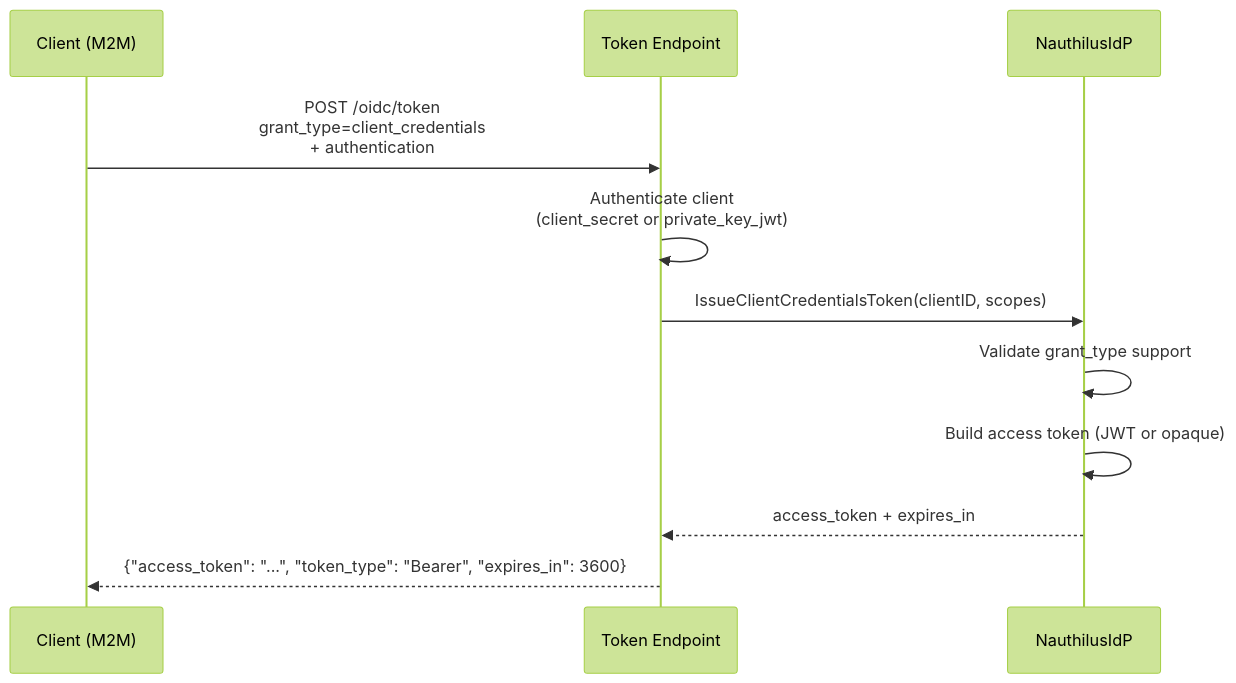
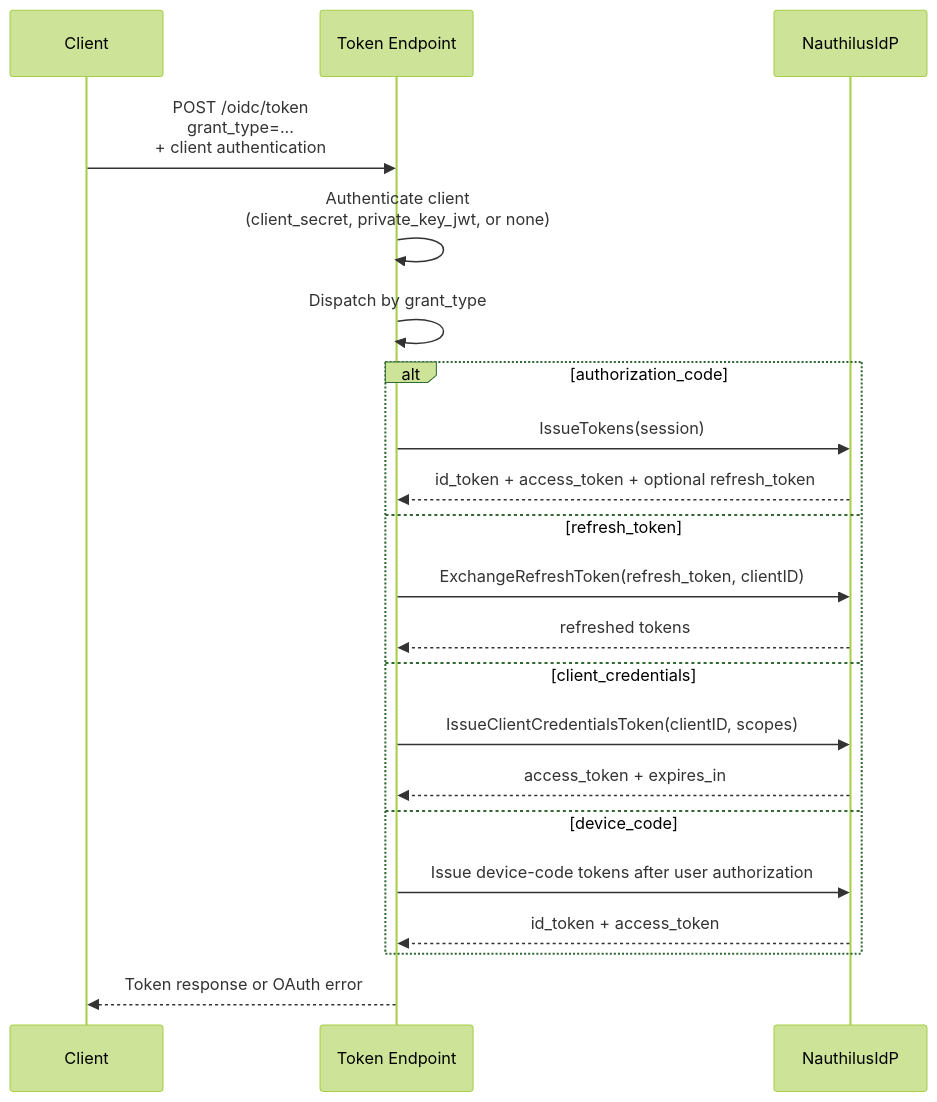
The eighth of 9 diagrams in server/docs/idp.md (croessner/nauthilus), drawn with Mermaid (forest theme) before and after one commit. The commit also changed other lines of this file, not shown here.

Commit message:
Fix: Clarify OIDC client assertion docs

````diff
--- a/server/docs/idp.md
+++ b/server/docs/idp.md
@@ -1306,14 +1311,24 @@
 ```mermaid
 sequenceDiagram
-    participant C as Client (M2M)
+    participant C as Client
     participant T as Token Endpoint
     participant I as NauthilusIdP
 
-    C ->> T: POST /oidc/token<br/>grant_type=client_credentials<br/>+ authentication
-    T ->> T: Authenticate client<br/>(client_secret or private_key_jwt)
-    T ->> I: IssueClientCredentialsToken(clientID, scopes)
-    I ->> I: Validate grant_type support
-    I ->> I: Build access token (JWT or opaque)
-    I -->> T: access_token + expires_in
-    T -->> C: {"access_token": "...", "token_type": "Bearer", "expires_in": 3600}
+    C ->> T: POST /oidc/token<br/>grant_type=...<br/>+ client authentication
+    T ->> T: Authenticate client<br/>(client_secret, private_key_jwt, or none)
+    T ->> T: Dispatch by grant_type
+    alt authorization_code
+        T ->> I: IssueTokens(session)
+        I -->> T: id_token + access_token + optional refresh_token
+    else refresh_token
+        T ->> I: ExchangeRefreshToken(refresh_token, clientID)
+        I -->> T: refreshed tokens
+    else client_credentials
+        T ->> I: IssueClientCredentialsToken(clientID, scopes)
+        I -->> T: access_token + expires_in
+    else device_code
+        T ->> I: Issue device-code tokens after user authorization
+        I -->> T: id_token + access_token
+    end
+    T -->> C: Token response or OAuth error
 ```
````
